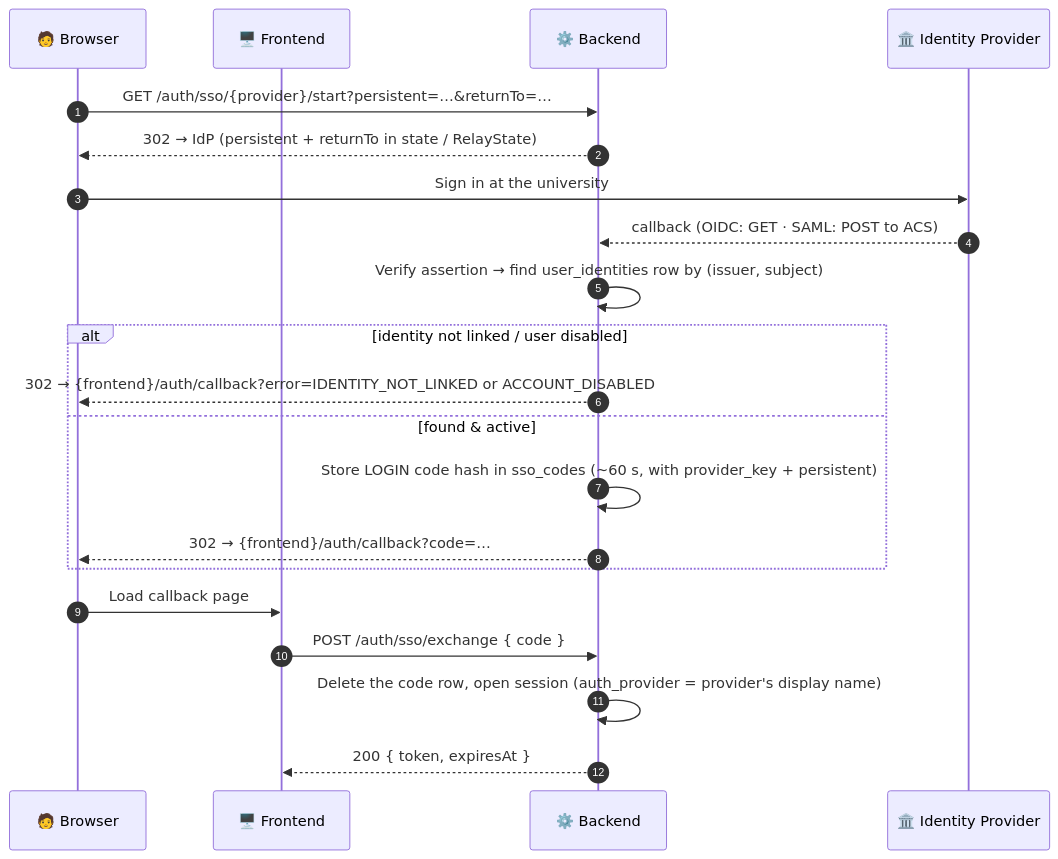
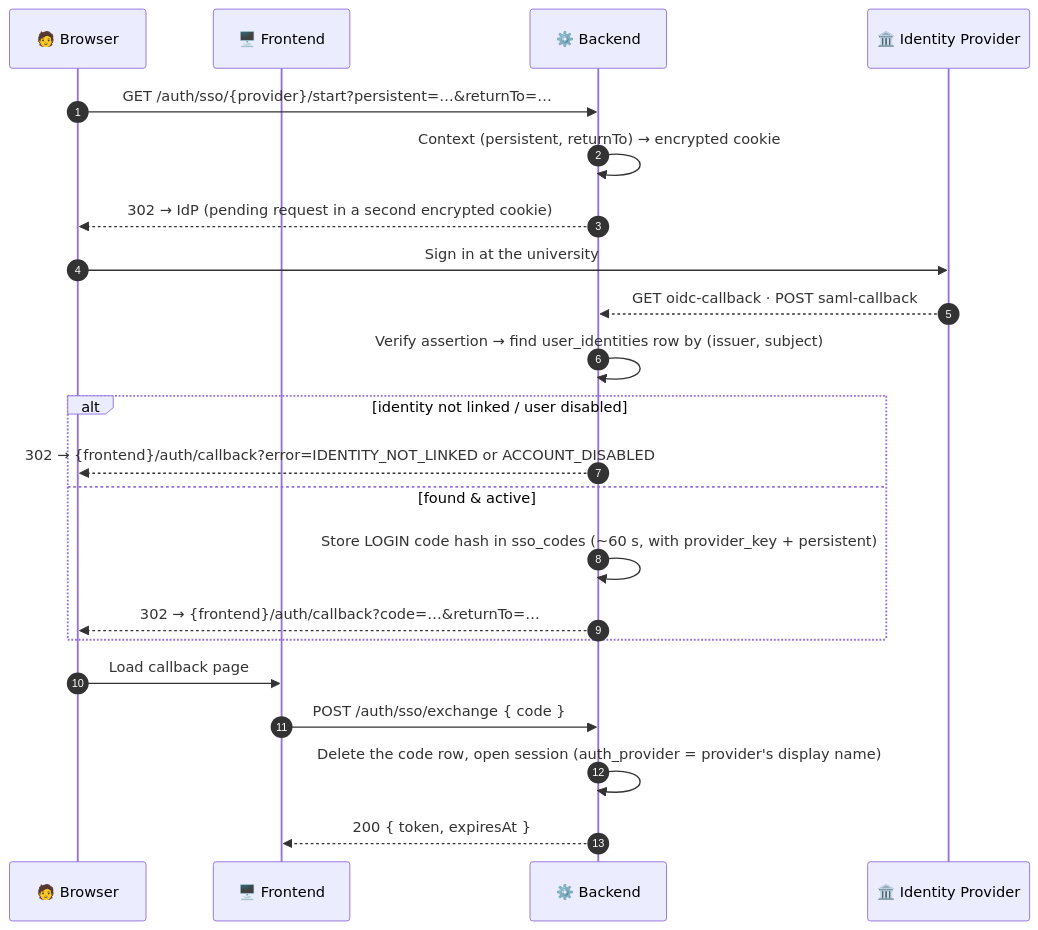
The sixth of 7 diagrams in docs/api-design/01-auth-sessions.md (openshelves-labs/openshelves), drawn with Mermaid before and after one commit. The commit also changed other lines of this file and 16 other files, not shown here.

Commit message:
feat: implement SSO support with OIDC and SAML, including cookie management and provider registration

````diff
--- a/docs/api-design/01-auth-sessions.md
+++ b/docs/api-design/01-auth-sessions.md
@@ -346,24 +348,25 @@
 ```mermaid
 sequenceDiagram
     autonumber
     participant U as 🧑 Browser
     participant FE as 🖥️ Frontend
     participant BE as ⚙️ Backend
     participant IdP as 🏛️ Identity Provider
 
     U->>BE: GET /auth/sso/{provider}/start?persistent=…&returnTo=…
-    BE-->>U: 302 → IdP (persistent + returnTo in state / RelayState)
+    BE->>BE: Context (persistent, returnTo) → encrypted cookie
+    BE-->>U: 302 → IdP (pending request in a second encrypted cookie)
     U->>IdP: Sign in at the university
-    IdP-->>BE: callback (OIDC: GET · SAML: POST to ACS)
+    IdP-->>BE: GET oidc-callback · POST saml-callback
     BE->>BE: Verify assertion → find user_identities row by (issuer, subject)
     alt identity not linked / user disabled
         BE-->>U: 302 → {frontend}/auth/callback?error=IDENTITY_NOT_LINKED or ACCOUNT_DISABLED
     else found & active
         BE->>BE: Store LOGIN code hash in sso_codes (~60 s, with provider_key + persistent)
-        BE-->>U: 302 → {frontend}/auth/callback?code=…
+        BE-->>U: 302 → {frontend}/auth/callback?code=…&returnTo=…
     end
     U->>FE: Load callback page
     FE->>BE: POST /auth/sso/exchange { code }
     BE->>BE: Delete the code row, open session (auth_provider = provider's display name)
     BE-->>FE: 200 { token, expiresAt }
 ```
````
